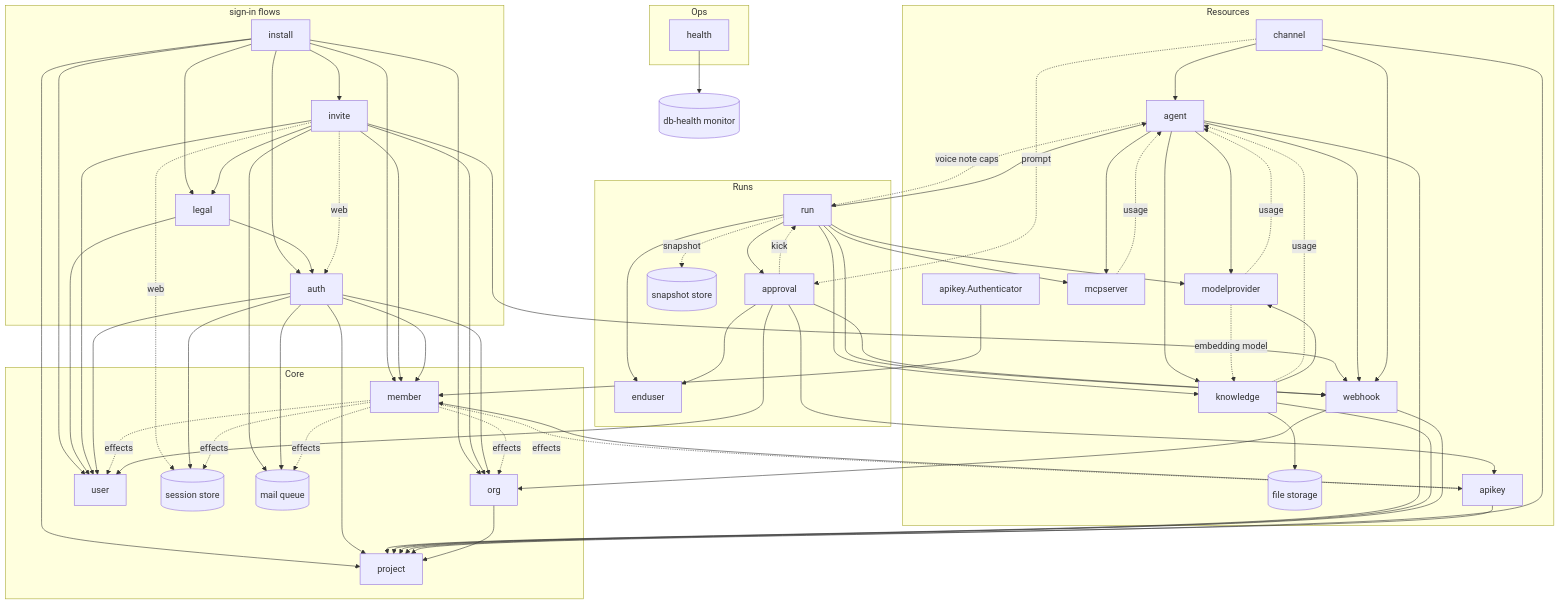
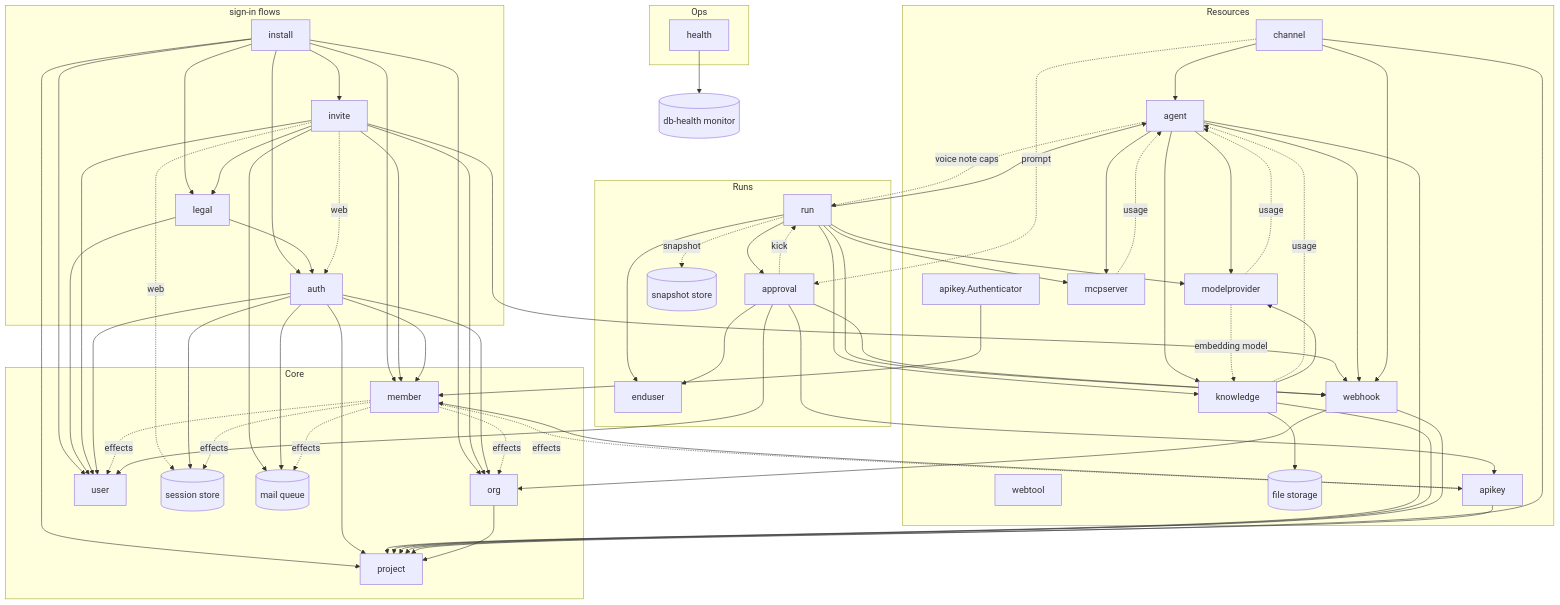
The third of 3 diagrams in internal/boot/README.md (altalune-id/oagent), drawn with Mermaid before and after one commit. The commit also changed other lines of this file and 51 other files, not shown here.

````diff
--- a/internal/boot/README.md
+++ b/internal/boot/README.md
@@ -138,70 +139,71 @@
 ```mermaid
 flowchart TD
     subgraph Flows["sign-in flows"]
         install
         legal
         auth
         invite
     end
     subgraph Ops
         health
     end
     subgraph Resources
         agent
         modelprovider
+        webtool
         mcpserver
         knowledge
         files[(file storage)]
         channel
         webhook
         apikey
         keyAuthn["apikey.Authenticator"]
     end
     subgraph Runs
         run
         enduser
         approval
         snapshots[(snapshot store)]
     end
     subgraph Core
         org
         project
         member
         user
         sessions[(session store)]
         mailqueue[(mail queue)]
     end
 
     install --> auth
     legal --> auth
     install --> user & org & member & project & legal & invite
     legal --> user
     invite --> member & user & org & mailqueue & webhook & legal
     invite -. web .-> auth & sessions
     auth --> user & member & org & project & sessions & mailqueue
 
     agent --> webhook
     agent --> project
     agent --> modelprovider & mcpserver
     modelprovider -. usage .-> agent
     mcpserver -. usage .-> agent
     agent --> knowledge
     knowledge -. usage .-> agent
     knowledge --> files & modelprovider & project
     modelprovider -. embedding model .-> knowledge
     webhook --> project & org
     apikey --> project & member
     keyAuthn --> member
     member -. effects .-> sessions & apikey & user & org & mailqueue
     run --> agent & modelprovider & mcpserver & enduser & webhook & knowledge
     agent -. voice note caps .-> run
     channel --> webhook & project & agent
     approval --> webhook & enduser & user & apikey
     approval -. kick .-> run
     run --> approval
     channel -. prompt .-> approval
     run -. snapshot .-> snapshots
     health --> dbh[(db-health monitor)]
 
     org --> project
 ```
````
